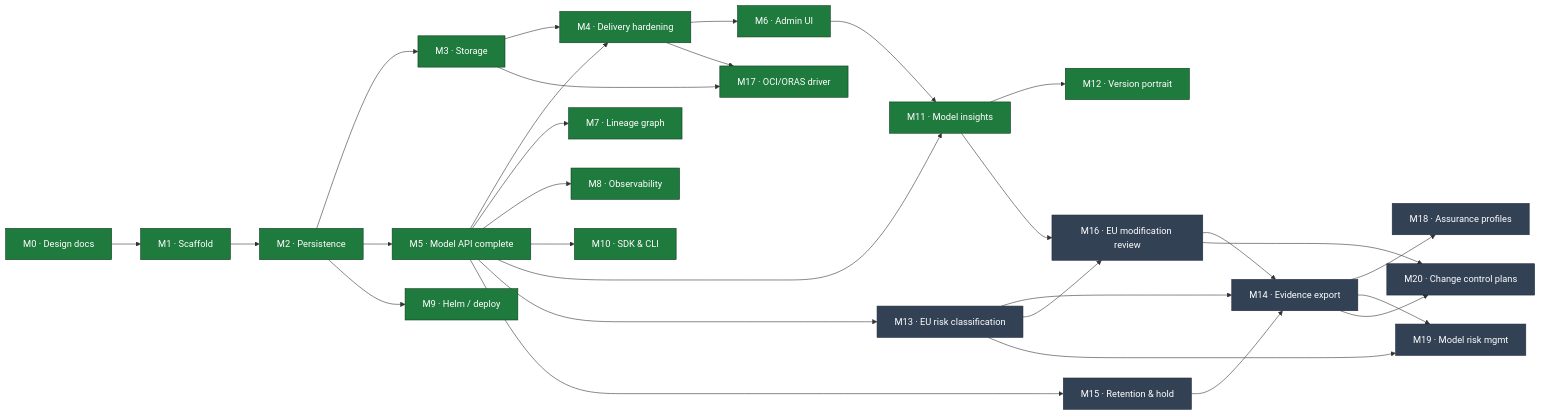
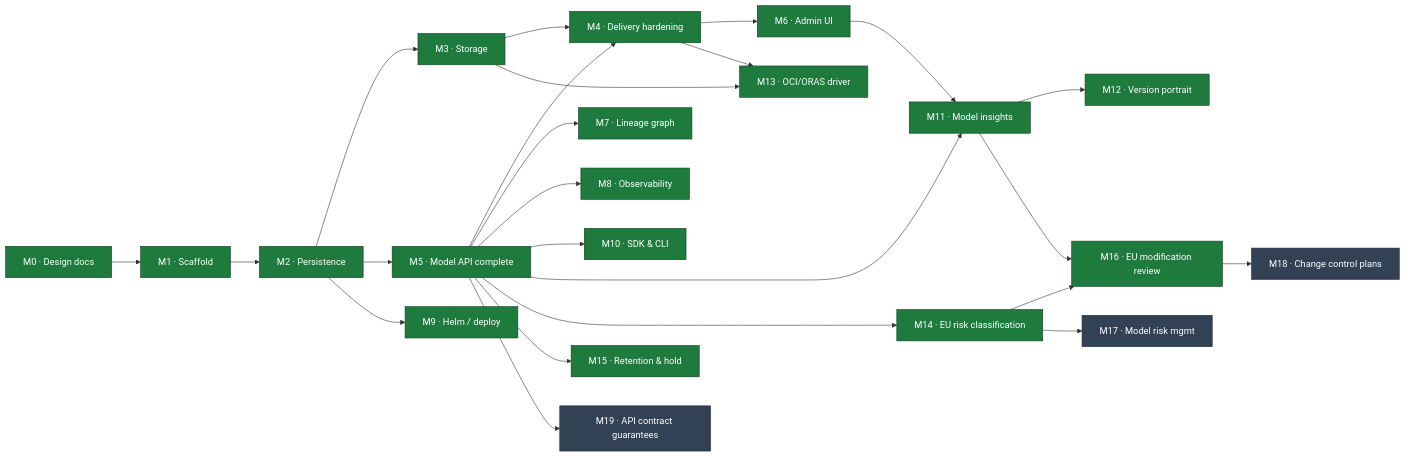
One commit to proseria-research/lineage changed the diagram in MILESTONES.md. Above: the diagram before and after it, drawn with Mermaid. The commit also changed other lines of this file, not shown here.

````diff
--- a/MILESTONES.md
+++ b/MILESTONES.md
@@ -11,40 +26,36 @@
 ```mermaid
 flowchart LR
     M0["M0 · Design docs"] --> M1["M1 · Scaffold"]
     M1 --> M2["M2 · Persistence"]
     M2 --> M3["M3 · Storage"]
     M2 --> M5["M5 · Model API complete"]
     M3 --> M4["M4 · Delivery hardening"]
     M5 --> M4
     M5 --> M7["M7 · Lineage graph"]
     M4 --> M6["M6 · Admin UI"]
     M5 --> M8["M8 · Observability"]
     M2 --> M9["M9 · Helm / deploy"]
     M5 --> M10["M10 · SDK & CLI"]
     M5 --> M11["M11 · Model insights"]
     M6 --> M11
     M11 --> M12["M12 · Version portrait"]
 
-    M5 --> M13["M13 · EU risk classification"]
-    M13 --> M14["M14 · Evidence export"]
-    M13 --> M16["M16 · EU modification review"]
+    M3 --> M13["M13 · OCI/ORAS driver"]
+    M4 --> M13
+
+    M5 --> M14["M14 · EU risk classification"]
+    M5 --> M15["M15 · Retention &amp; hold"]
+    M14 --> M16["M16 · EU modification review"]
     M11 --> M16
-    M16 --> M14
-    M5 --> M15["M15 · Retention &amp; hold"]
-    M15 --> M14
 
-    M3 --> M17["M17 · OCI/ORAS driver"]
-    M4 --> M17
+    M14 --> M17["M17 · Model risk mgmt"]
+    M16 --> M18["M18 · Change control plans"]
 
-    M14 --> M18["M18 · Assurance profiles"]
-    M13 --> M19["M19 · Model risk mgmt"]
-    M14 --> M19
-    M16 --> M20["M20 · Change control plans"]
-    M14 --> M20
+    M5 --> M19["M19 · API contract guarantees"]
 
     classDef done fill:#1f7a3d,stroke:#0d3d1e,color:#fff;
     classDef active fill:#b45309,stroke:#7c3a06,color:#fff;
     classDef todo fill:#334155,stroke:#1e293b,color:#fff;
-    class M0,M1,M2,M3,M4,M5,M6,M7,M8,M9,M10,M11,M12,M17 done;
-    class M13,M14,M15,M16,M18,M19,M20 todo;
+    class M0,M1,M2,M3,M4,M5,M6,M7,M8,M9,M10,M11,M12,M13,M14,M15,M16 done;
+    class M17,M18,M19 todo;
 ```
````
